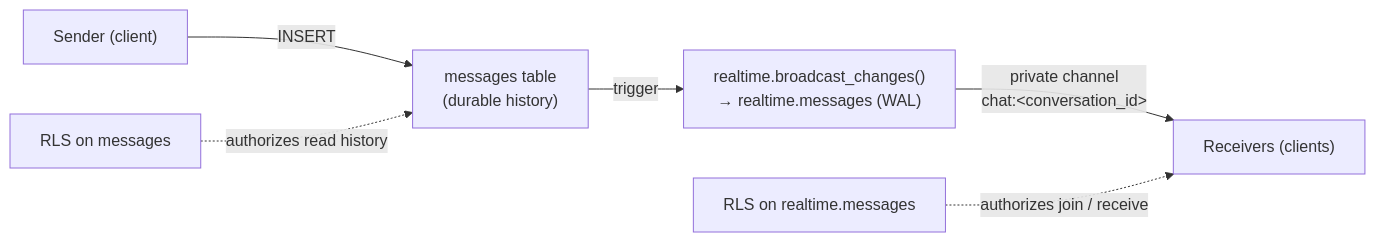
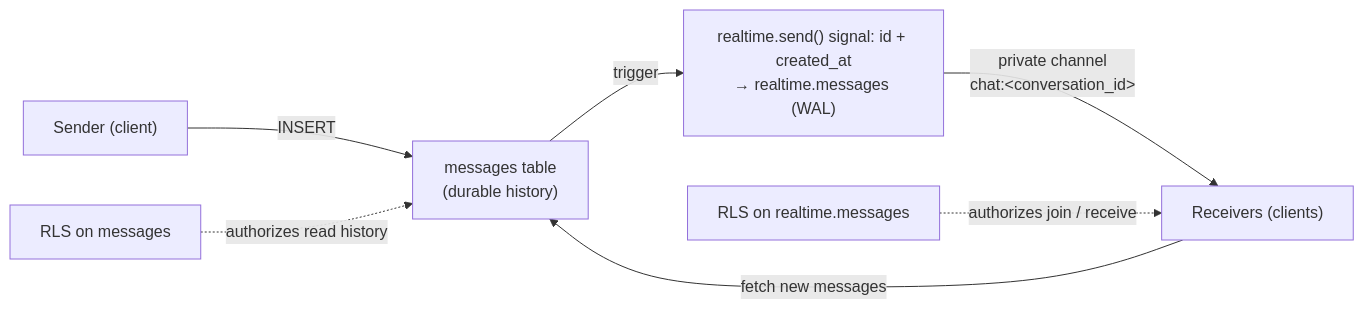
One commit to cmdfw-bv/CMDFW-BalaVihar-App changed the sixth of 9 diagrams in .docs/3_ARCHITECTURE.md. Above: the diagram before and after it, drawn with Mermaid. The commit also changed other lines of this file and 28 other files, not shown here.

````diff
--- a/.docs/3_ARCHITECTURE.md
+++ b/.docs/3_ARCHITECTURE.md
@@ -360,8 +360,9 @@
 ```mermaid
 flowchart LR
     s["Sender (client)"] -->|"INSERT"| m["messages table<br/>(durable history)"]
-    m -->|"trigger"| bc["realtime.broadcast_changes()<br/>→ realtime.messages (WAL)"]
+    m -->|"trigger"| bc["realtime.send() signal: id + created_at<br/>→ realtime.messages (WAL)"]
+    r -->|"fetch new messages"| m
     bc -->|"private channel<br/>chat:&lt;conversation_id&gt;"| r["Receivers (clients)"]
     rls["RLS on realtime.messages"] -.->|"authorizes join / receive"| r
     rlsm["RLS on messages"] -.->|"authorizes read history"| m
 ```
````
